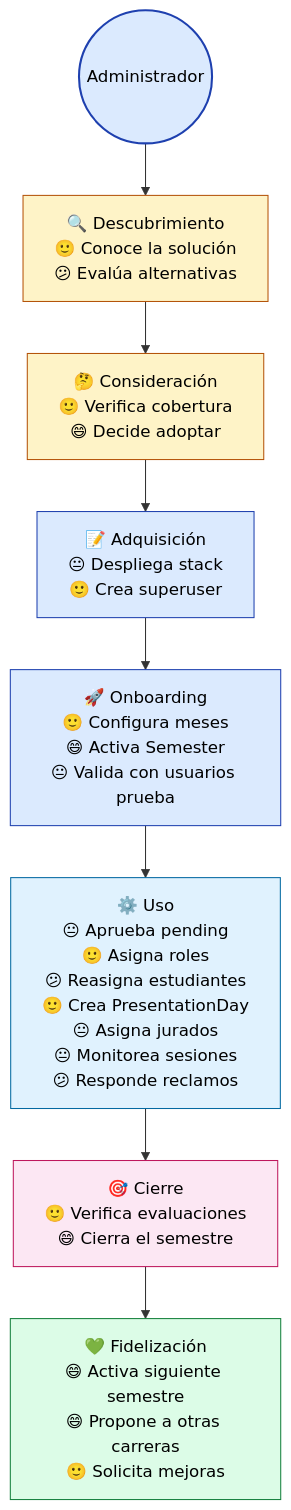
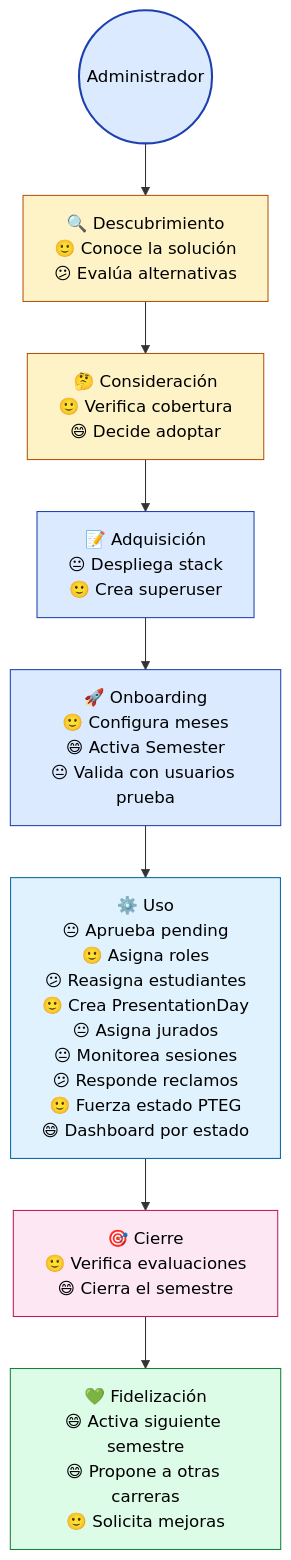
Diagram 12 of 12 in docs/customer-journeys.md (Aoshi346/teg-web-app), drawn with Mermaid before and after one commit. The commit also changed other lines of this file and 10 other files, not shown here.

````diff
--- a/docs/customer-journeys.md
+++ b/docs/customer-journeys.md
@@ -277,20 +279,20 @@
 ```mermaid
 flowchart TB
     A((Administrador))
     A --> D4["🔍 Descubrimiento<br/>🙂 Conoce la solución<br/>😕 Evalúa alternativas"]
     D4 --> C4["🤔 Consideración<br/>🙂 Verifica cobertura<br/>😄 Decide adoptar"]
     C4 --> A4["📝 Adquisición<br/>😐 Despliega stack<br/>🙂 Crea superuser"]
     A4 --> O4["🚀 Onboarding<br/>🙂 Configura meses<br/>😄 Activa Semester<br/>😐 Valida con usuarios prueba"]
-    O4 --> U4["⚙️ Uso<br/>😐 Aprueba pending<br/>🙂 Asigna roles<br/>😕 Reasigna estudiantes<br/>🙂 Crea PresentationDay<br/>😐 Asigna jurados<br/>😐 Monitorea sesiones<br/>😕 Responde reclamos"]
+    O4 --> U4["⚙️ Uso<br/>😐 Aprueba pending<br/>🙂 Asigna roles<br/>😕 Reasigna estudiantes<br/>🙂 Crea PresentationDay<br/>😐 Asigna jurados<br/>😐 Monitorea sesiones<br/>😕 Responde reclamos<br/>🙂 Fuerza estado PTEG<br/>😄 Dashboard por estado"]
     U4 --> Cl4["🎯 Cierre<br/>🙂 Verifica evaluaciones<br/>😄 Cierra el semestre"]
     Cl4 --> F4["💚 Fidelización<br/>😄 Activa siguiente semestre<br/>😄 Propone a otras carreras<br/>🙂 Solicita mejoras"]
 
     style A fill:#dbeafe,stroke:#1e40af,stroke-width:2px,color:#000
     style D4 fill:#fef3c7,stroke:#b45309,color:#000
     style C4 fill:#fef3c7,stroke:#b45309,color:#000
     style A4 fill:#dbeafe,stroke:#1e40af,color:#000
     style O4 fill:#dbeafe,stroke:#1e40af,color:#000
     style U4 fill:#e0f2fe,stroke:#0369a1,color:#000
     style Cl4 fill:#fce7f3,stroke:#be185d,color:#000
     style F4 fill:#dcfce7,stroke:#15803d,color:#000
 ```
````
